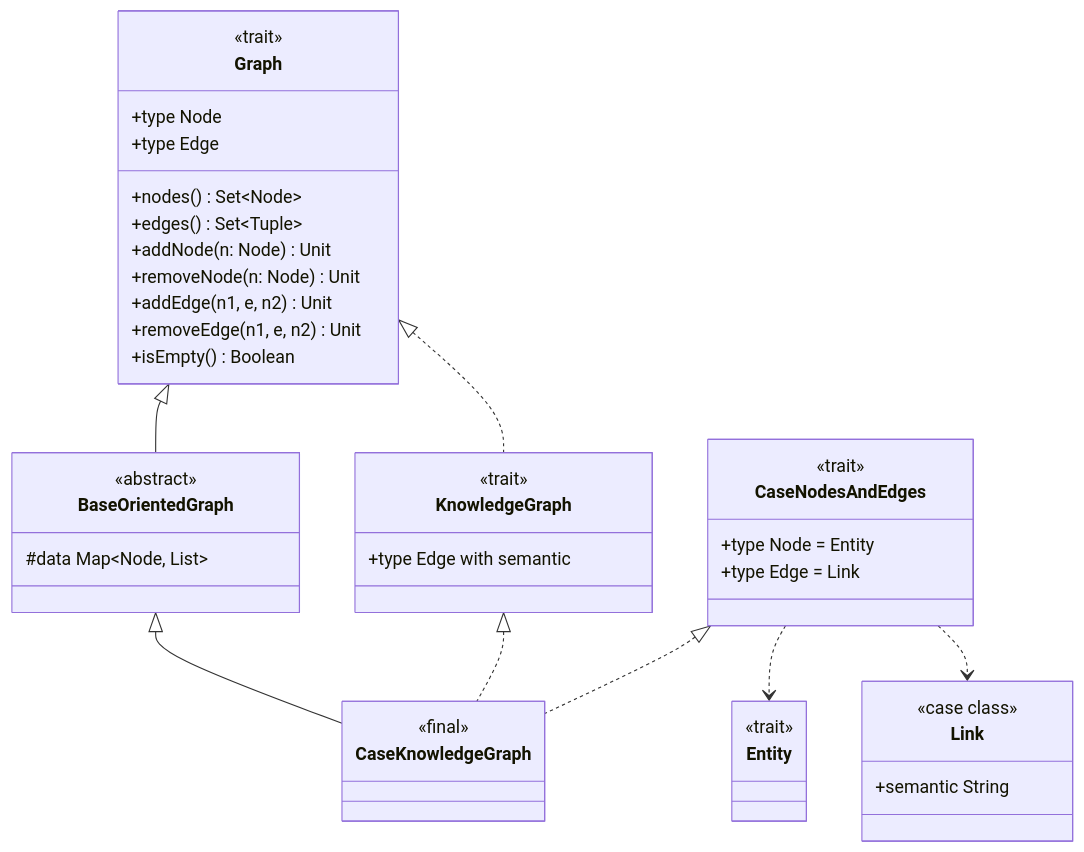
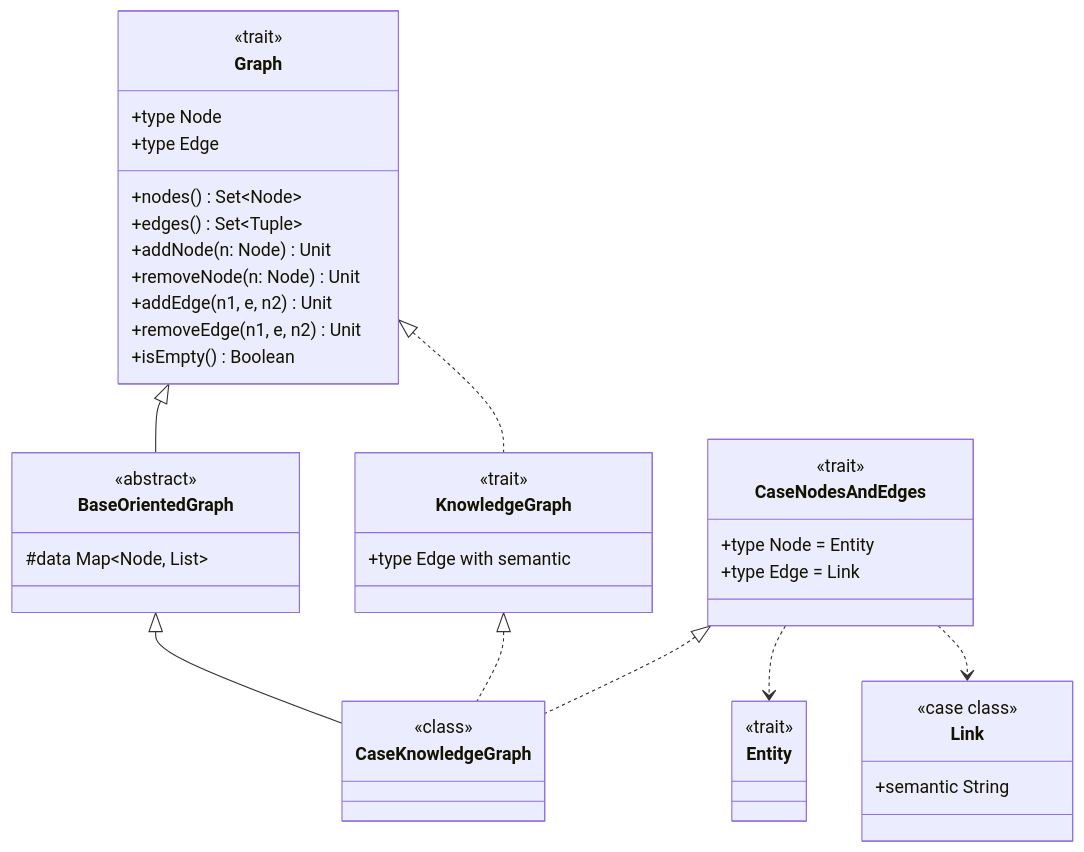
One commit to LucaSamore/Whodunnit changed the second of 5 diagrams in docs/report/4-detailed-design.md. Above: the diagram before and after it, drawn with Mermaid. The commit also changed other lines of this file and 2 other files, not shown here.

````diff
--- a/docs/report/4-detailed-design.md
+++ b/docs/report/4-detailed-design.md
@@ -95,57 +95,57 @@
 ```mermaid
 classDiagram
     direction TB
     
     class Graph {
         <<trait>>
         +type Node
         +type Edge
         +nodes() Set~Node~
         +edges() Set~Tuple~
         +addNode(n: Node) Unit
         +removeNode(n: Node) Unit
         +addEdge(n1, e, n2) Unit
         +removeEdge(n1, e, n2) Unit
         +isEmpty() Boolean
     }
 
     class BaseOrientedGraph {
         <<abstract>>
         #data Map~Node, List~
     }
 
     class KnowledgeGraph {
         <<trait>>
         +type Edge with semantic
     }
 
     class CaseNodesAndEdges {
         <<trait>>
         +type Node = Entity
         +type Edge = Link
     }
 
     class CaseKnowledgeGraph {
-        <<final>>
+        <<class>>
     }
 
     class Link {
         <<case class>>
         +semantic String
     }
 
     class Entity {
         <<trait>>
     }
 
     %% Inheritance relationships
     Graph <|-- BaseOrientedGraph
     Graph <|.. KnowledgeGraph
     BaseOrientedGraph <|-- CaseKnowledgeGraph
     KnowledgeGraph <|.. CaseKnowledgeGraph
     CaseNodesAndEdges <|.. CaseKnowledgeGraph
 
     %% Dependencies
     CaseNodesAndEdges ..> Entity
     CaseNodesAndEdges ..> Link
 ```
````
